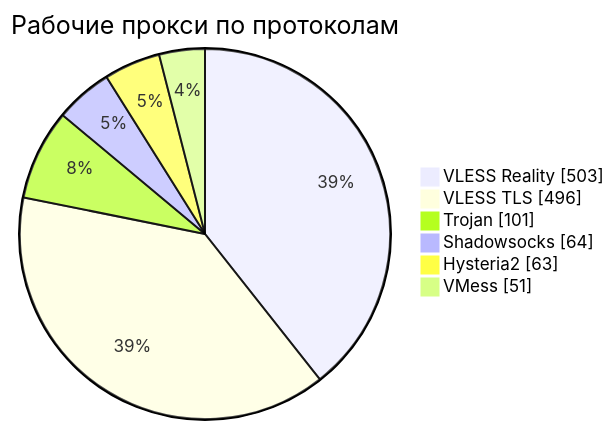
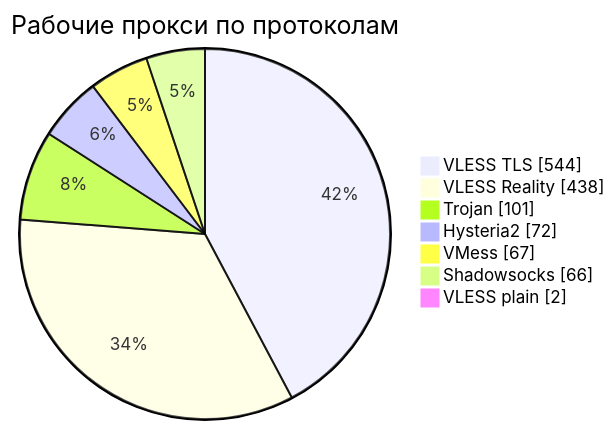
The third of 4 diagrams in README.md (rvvg/proxy-subs), drawn with Mermaid before and after one commit. The commit also changed other lines of this file and 56 other files, not shown here.

````diff
--- a/README.md
+++ b/README.md
@@ -145,10 +138,11 @@
 ```mermaid
 pie showData
     title Рабочие прокси по протоколам
-    "VLESS Reality" : 503
-    "VLESS TLS" : 496
+    "VLESS TLS" : 544
+    "VLESS Reality" : 438
     "Trojan" : 101
-    "Shadowsocks" : 64
-    "Hysteria2" : 63
-    "VMess" : 51
+    "Hysteria2" : 72
+    "VMess" : 67
+    "Shadowsocks" : 66
+    "VLESS plain" : 2
 ```
````
